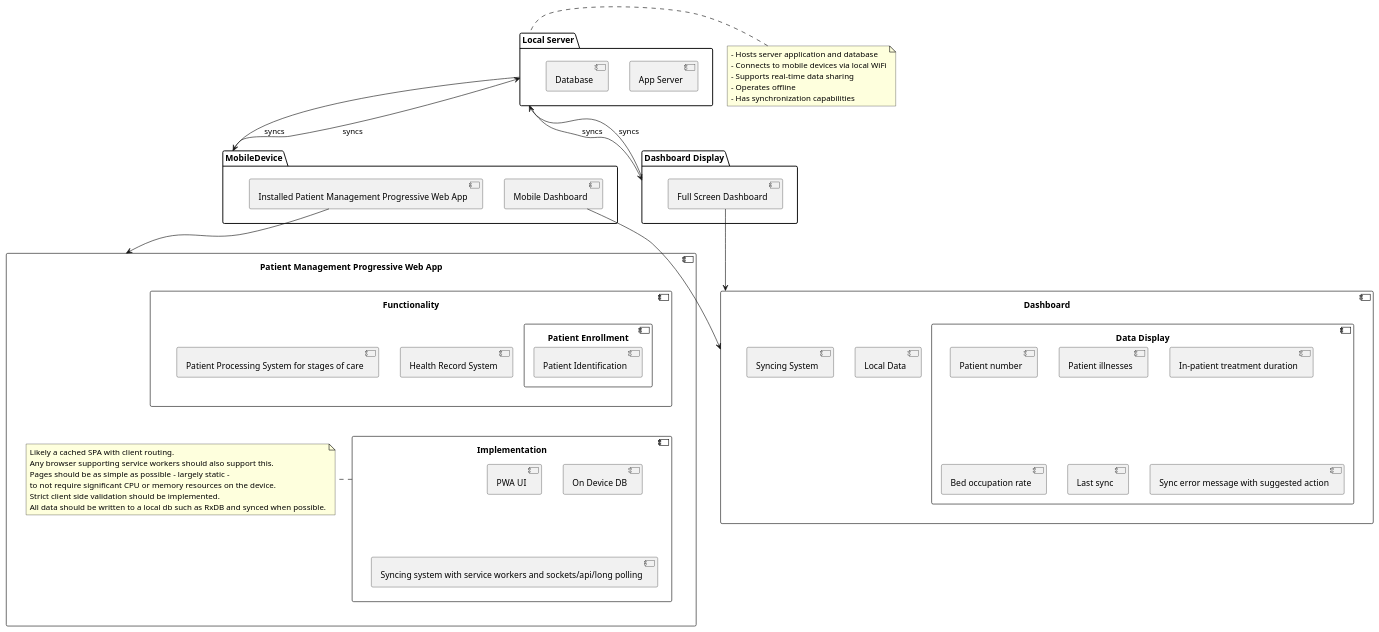
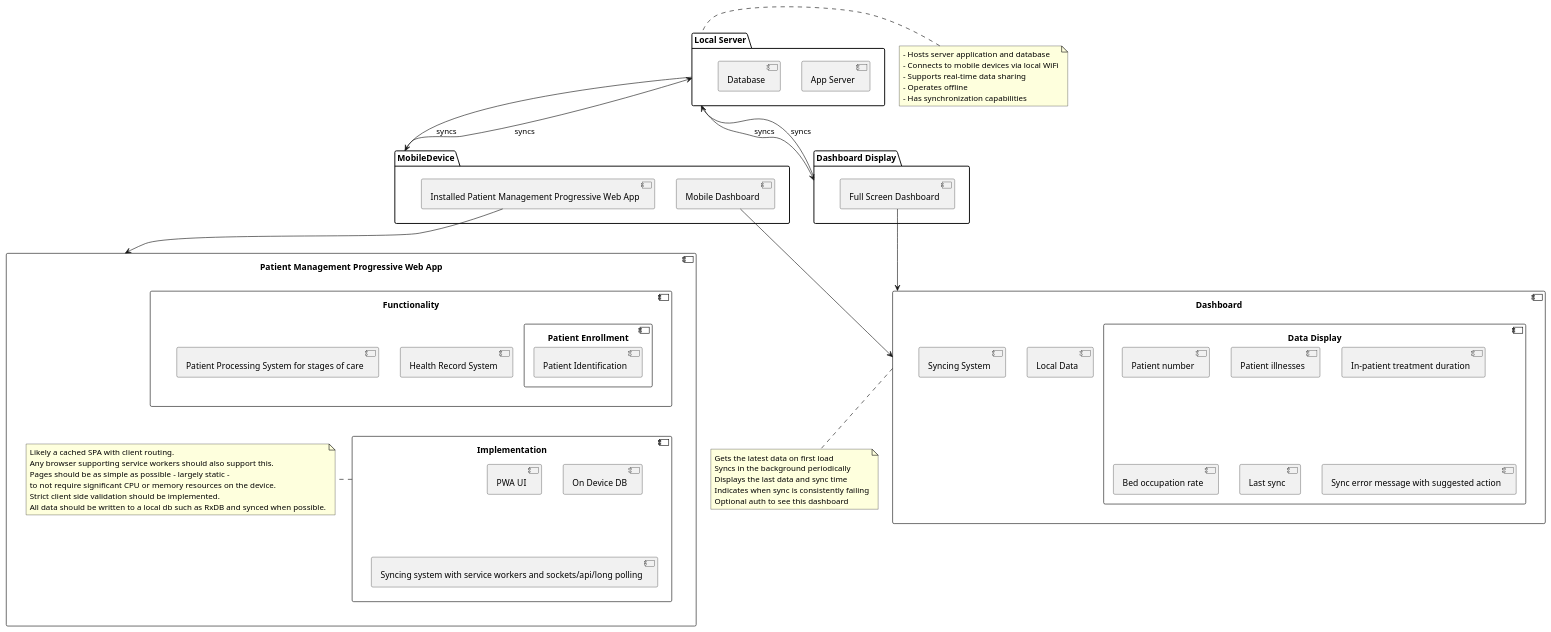
Before and after one commit to jcbashdown/case-study: the diagram in puml/constraint-solutions.puml, drawn with PlantUML. The commit also changed 1 other file, not shown here.

Commit message:
Add note on dashboard

```diff
--- a/puml/constraint-solutions.puml
+++ b/puml/constraint-solutions.puml
@@ -1,75 +1,82 @@
 @startuml
 skinparam componentStyle uml2
 package "Local Server" as LocalServer {
   component "App Server"
   component Database
 }
 
 package MobileDevice {
   component "Mobile Dashboard" as MobileDashboard {
   }
   component "Installed Patient Management Progressive Web App" as InstalledPWA {
   }
 }
 package "Dashboard Display" as DashboardDisplay {
   component "Full Screen Dashboard" as FSDashboard {
 
   }
 }
 
 component Dashboard {
   component "Local Data"
   component "Syncing System"
   component "Data Display" {
     component "Patient number"
     component "Patient illnesses"
     component "In-patient treatment duration"
     component "Bed occupation rate"
     component "Last sync"
     component "Sync error message with suggested action"
   }
 }
 component "Patient Management Progressive Web App" as PWA {
   component Functionality {
     component "Patient Enrollment" {
       component "Patient Identification"
     }
     component "Health Record System"
     component "Patient Processing System for stages of care"
   }
   component Implementation {
     component "PWA UI" as UI
     component "On Device DB"
     component "Syncing system with service workers and sockets/api/long polling"
   }
     note right of Implementation 
               Likely a cached SPA with client routing.
               Any browser supporting service workers should also support this.
               Pages should be as simple as possible - largely static - 
               to not require significant CPU or memory resources on the device.
               Strict client side validation should be implemented.
               All data should be written to a local db such as RxDB and synced when possible.
     end note
 }
 
 LocalServer -down-> MobileDevice : syncs 
 LocalServer -down-> DashboardDisplay : syncs
 MobileDevice -up-> LocalServer : syncs
 DashboardDisplay -up-> LocalServer : syncs
 
 Implementation -[hidden]up-> Functionality
 
 MobileDashboard --> Dashboard
 FSDashboard --> Dashboard
 InstalledPWA --> PWA
 
 note left of LocalServer
   - Hosts server application and database
   - Connects to mobile devices via local WiFi
   - Supports real-time data sharing
   - Operates offline
   - Has synchronization capabilities
 end note
 
+note bottom of Dashboard 
+  Gets the latest data on first load
+  Syncs in the background periodically
+  Displays the last data and sync time
+  Indicates when sync is consistently failing
+  Optional auth to see this dashboard
+end note
 
 @enduml
```
